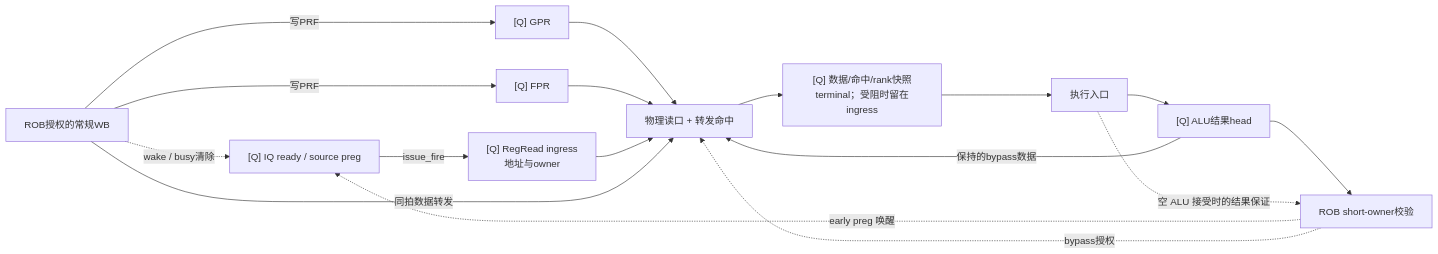
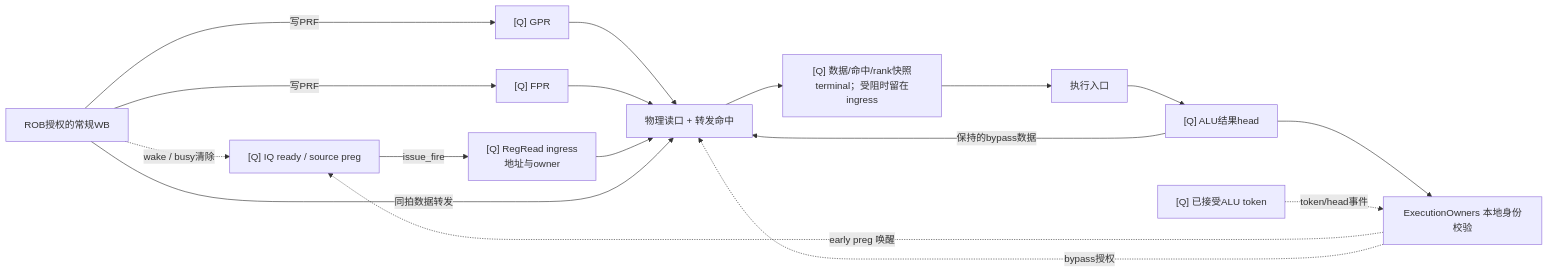
Before and after one commit to mcsaver/oscpu: the second of 3 diagrams in npc/rv64/vsrc/backend/TOPOLOGY.md, drawn with Mermaid. The commit also changed other lines of this file and 227 other files, not shown here.

````diff
--- a/npc/rv64/vsrc/backend/TOPOLOGY.md
+++ b/npc/rv64/vsrc/backend/TOPOLOGY.md
@@ -254,19 +298,19 @@
 ```mermaid
 flowchart LR
   IQ["[Q] IQ ready / source preg"] -->|"issue_fire"| IN["[Q] RegRead ingress<br/>地址与owner"]
   G["[Q] GPR"] --> READ["物理读口 + 转发命中"]
   F["[Q] FPR"] --> READ
   IN --> READ
   READ --> SNAP["[Q] 数据/命中/rank快照<br/>terminal；受阻时留在ingress"]
   SNAP --> EX["执行入口"]
   EX --> ALU["[Q] ALU结果head"]
-  ALU --> SHORT["ROB short-owner校验"]
-  EX -.->|"空 ALU 接受时的结果保证"| SHORT
+  ALU --> SHORT["ExecutionOwners 本地身份校验"]
+  TOK["[Q] 已接受ALU token"] -.->|"token/head事件"| SHORT
   SHORT -.->|"early preg 唤醒"| IQ
   ALU -->|"保持的bypass数据"| READ
   SHORT -.->|"bypass授权"| READ
   WB["ROB授权的常规WB"] -->|"写PRF"| G
   WB -->|"写PRF"| F
   WB -.->|"wake / busy清除"| IQ
   WB -->|"同拍数据转发"| READ
 ```
````
